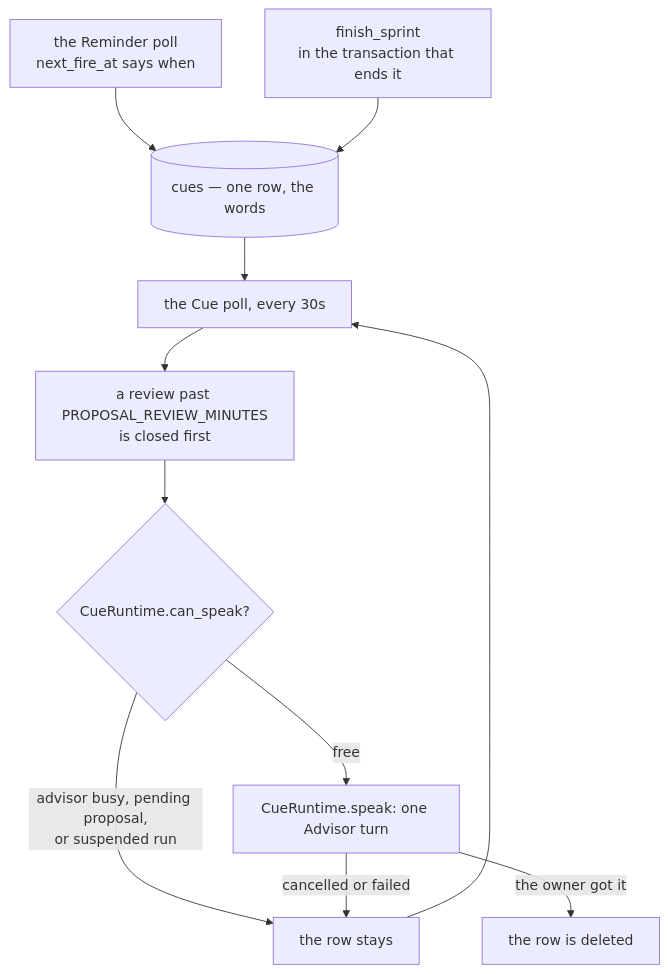
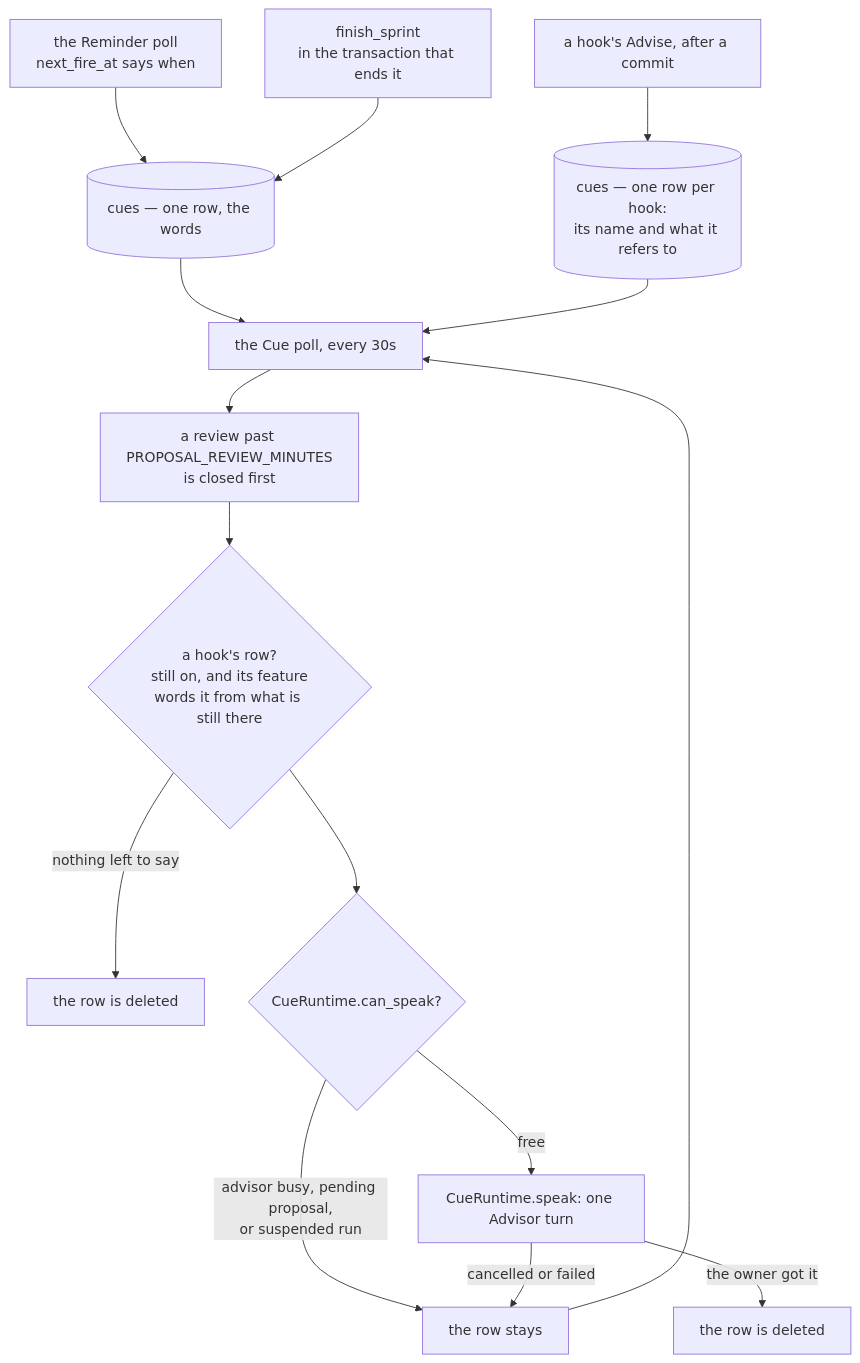
Before and after one commit to myvaheed/tg-ai-safwa: the ninth of 13 diagrams in docs/AGENT_ARCH.md, drawn with Mermaid. The commit also changed other lines of this file and 32 other files, not shown here.

Commit message:
v9.60 a blocked Action becomes one pending request the Advisor is handed, worded from what is still blocked; a Sprint's warnings are found by their system key

````diff
--- a/docs/AGENT_ARCH.md
+++ b/docs/AGENT_ARCH.md
@@ -438,13 +438,17 @@
 ```mermaid
 flowchart TB
     RM[the Reminder poll<br/>next_fire_at says when] --> ROW
     SP[finish_sprint<br/>in the transaction that ends it] --> ROW[(cues — one row, the words)]
+    HK[a hook's Advise, after a commit] --> HROW[(cues — one row per hook:<br/>its name and what it refers to)]
     ROW --> CQ[the Cue poll, every 30s]
+    HROW --> CQ
     CQ --> EXP[a review past PROPOSAL_REVIEW_MINUTES<br/>is closed first]
-    EXP --> GATE{CueRuntime.can_speak?}
+    EXP --> PREP{a hook's row?<br/>still on, and its feature<br/>words it from what is still there}
+    PREP -->|nothing left to say| DROP[the row is deleted]
+    PREP --> GATE{CueRuntime.can_speak?}
     GATE -->|advisor busy, pending proposal,<br/>or suspended run| WAIT[the row stays]
     GATE -->|free| TURN[CueRuntime.speak: one Advisor turn]
     TURN -->|the owner got it| DEL[the row is deleted]
     TURN -->|cancelled or failed| WAIT
     WAIT --> CQ
 ```
````
